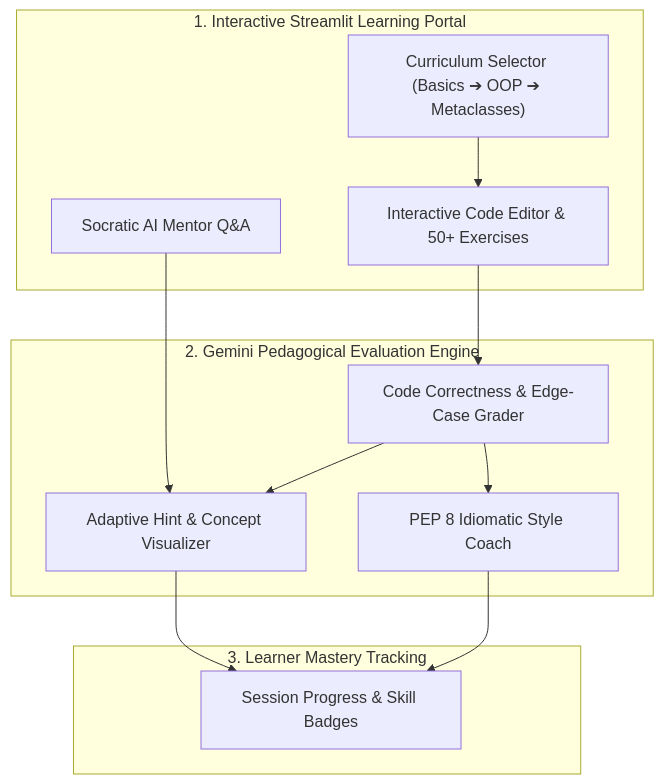
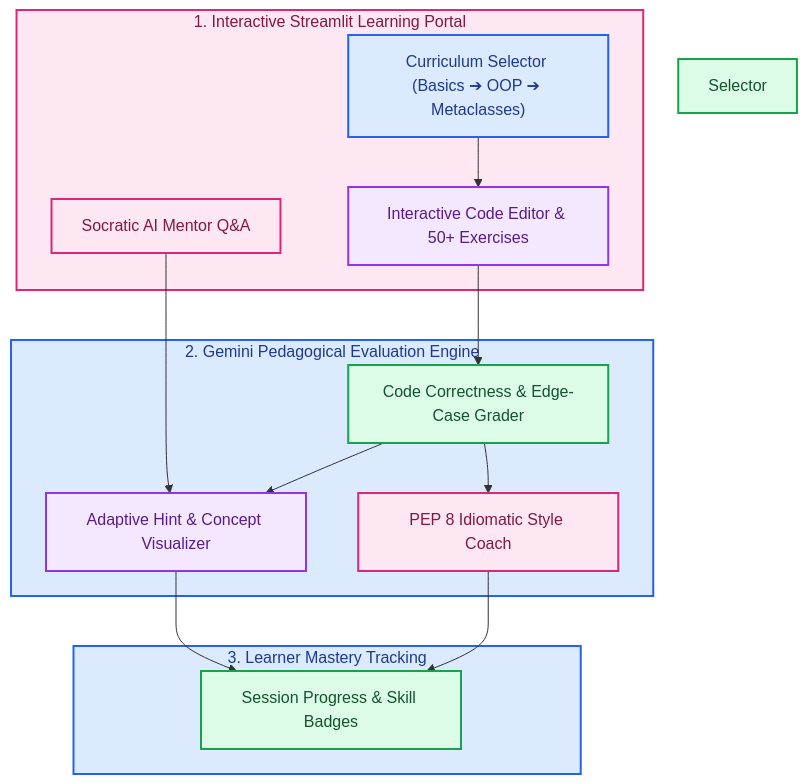
The diagram in README.md (RobinaMirbahar/Python-Learning-Assistant), drawn with Mermaid before and after one commit. The commit also changed other lines of this file, not shown here.

Commit message:
docs: add 3-line Author & Companion Publication header, color-coded Mermaid diagram, and remove repetitive footer

````diff
--- a/README.md
+++ b/README.md
@@ -23,19 +23,30 @@
 ```mermaid
 flowchart TD
     subgraph UI ["1. Interactive Streamlit Learning Portal"]
         U_Mod["Curriculum Selector (Basics ➔ OOP ➔ Metaclasses)"]
         U_Code["Interactive Code Editor & 50+ Exercises"]
         U_Chat["Socratic AI Mentor Q&A"]
     end
     subgraph Tutor ["2. Gemini Pedagogical Evaluation Engine"]
         T_Check["Code Correctness & Edge-Case Grader"]
         T_Hint["Adaptive Hint & Concept Visualizer"]
         T_PEP["PEP 8 Idiomatic Style Coach"]
     end
     subgraph Progress ["3. Learner Mastery Tracking"]
         P_State["Session Progress & Skill Badges"]
     end
     U_Mod --> U_Code --> T_Check
     U_Chat --> T_Hint
     T_Check --> T_Hint & T_PEP --> P_State
+    style UI fill:#fce7f3,stroke:#db2777,stroke-width:2px,color:#831843
+    style U_Mod fill:#dbeafe,stroke:#2563eb,stroke-width:2px,color:#1e3a8a
+    style Selector fill:#dcfce7,stroke:#16a34a,stroke-width:2px,color:#14532d
+    style U_Code fill:#f3e8ff,stroke:#9333ea,stroke-width:2px,color:#581c87
+    style U_Chat fill:#fce7f3,stroke:#db2777,stroke-width:2px,color:#831843
+    style Tutor fill:#dbeafe,stroke:#2563eb,stroke-width:2px,color:#1e3a8a
+    style T_Check fill:#dcfce7,stroke:#16a34a,stroke-width:2px,color:#14532d
+    style T_Hint fill:#f3e8ff,stroke:#9333ea,stroke-width:2px,color:#581c87
+    style T_PEP fill:#fce7f3,stroke:#db2777,stroke-width:2px,color:#831843
+    style Progress fill:#dbeafe,stroke:#2563eb,stroke-width:2px,color:#1e3a8a
+    style P_State fill:#dcfce7,stroke:#16a34a,stroke-width:2px,color:#14532d
 ```
````
